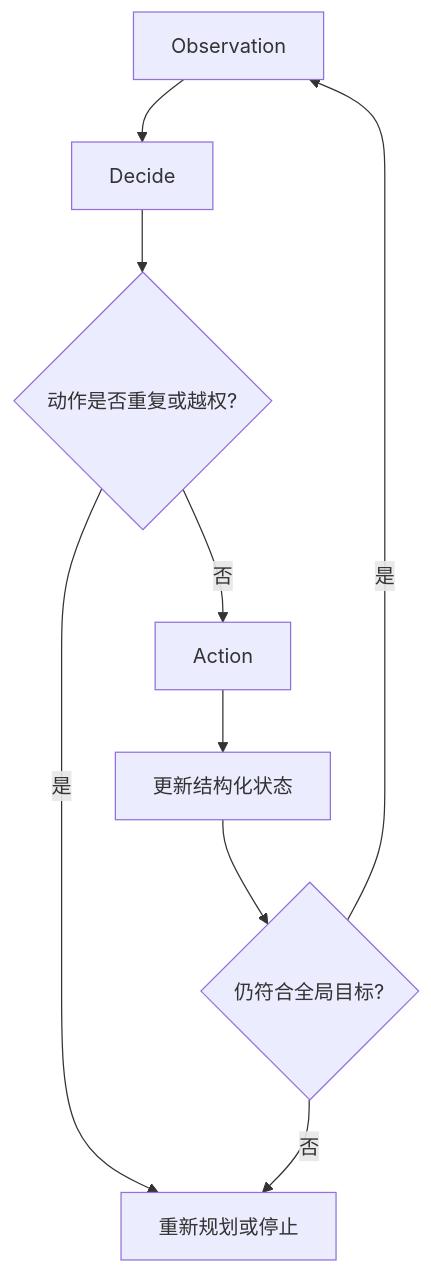
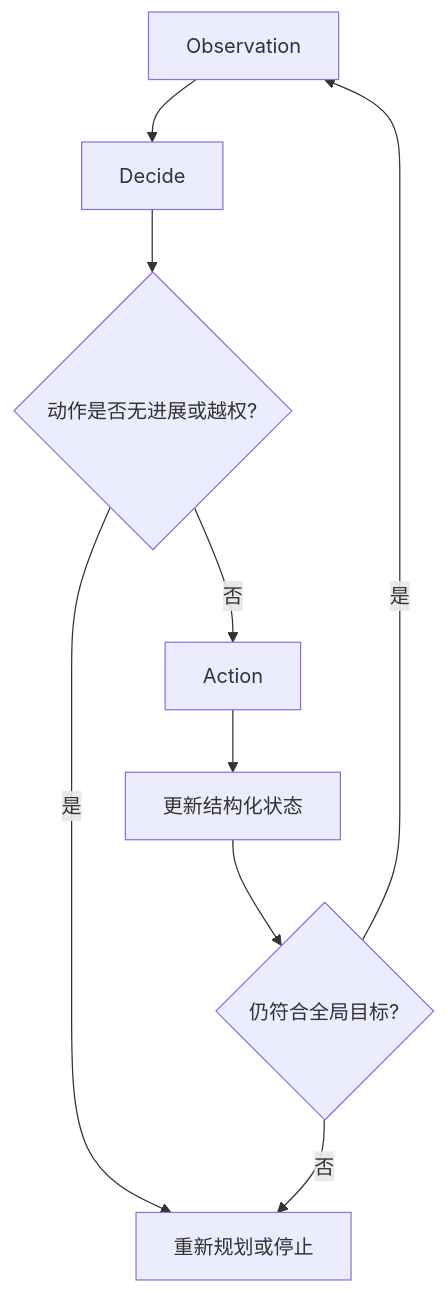
One commit to oneleaveknowsthefall/awesome-ai-roadmap changed the third of 10 diagrams in docs/agent/02-reasoning-planning/04-agent-design-patterns.md. Above: the diagram before and after it, drawn with Mermaid. The commit also changed other lines of this file and 34 other files, not shown here.

````diff
--- a/docs/agent/02-reasoning-planning/04-agent-design-patterns.md
+++ b/docs/agent/02-reasoning-planning/04-agent-design-patterns.md
@@ -152,11 +145,11 @@
 ```mermaid
 flowchart TB
     O[Observation] --> D[Decide]
-    D --> C{动作是否重复或越权?}
+    D --> C{动作是否无进展或越权?}
     C -->|是| RP[重新规划或停止]
     C -->|否| A[Action]
     A --> U[更新结构化状态]
     U --> G{仍符合全局目标?}
     G -->|是| O
     G -->|否| RP
 ```
````
